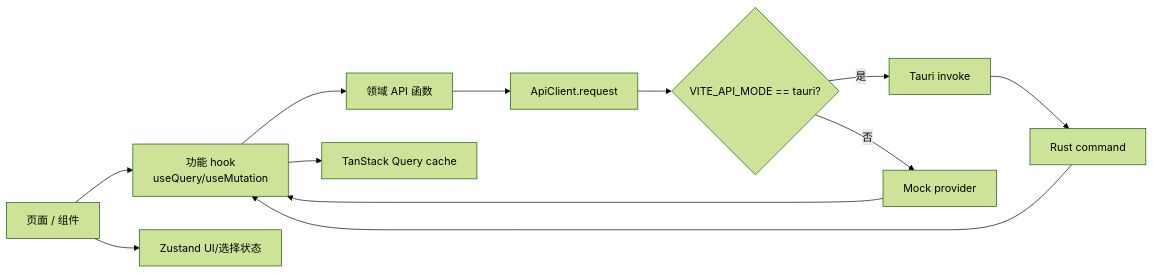
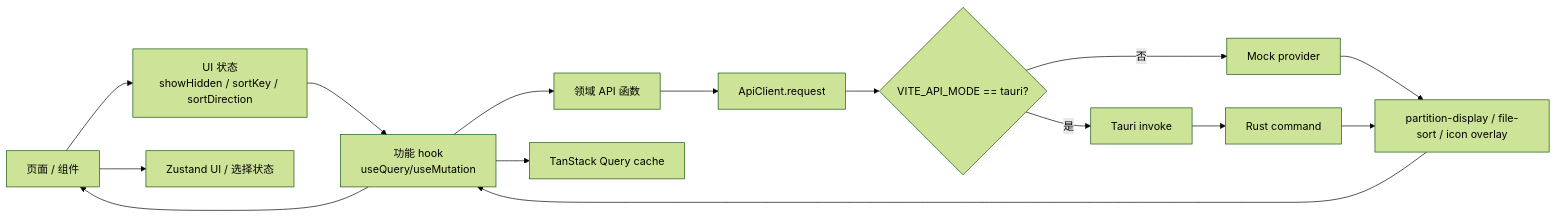
One commit to lQ-A-Ql/meow-detective changed the fourth of 14 diagrams in docs/model-architecture-algorithm-diagrams.md. Above: the diagram before and after it, drawn with Mermaid (forest theme). The commit also changed other lines of this file and 70 other files, not shown here.

````diff
--- a/docs/model-architecture-algorithm-diagrams.md
+++ b/docs/model-architecture-algorithm-diagrams.md
@@ -199,24 +210,29 @@
 ```mermaid
 flowchart LR
   Page["页面 / 组件"]
+  Controls["UI 状态<br/>showHidden / sortKey / sortDirection"]
   Hook["功能 hook<br/>useQuery/useMutation"]
   ApiFn["领域 API 函数"]
   ApiClient["ApiClient.request"]
-  TauriMode{"VITE_API_MODE == tauri?"}
+  Mode{"VITE_API_MODE == tauri?"}
   Invoke["Tauri invoke"]
   Mock["Mock provider"]
   QueryCache["TanStack Query cache"]
-  Store["Zustand UI/选择状态"]
+  Formatter["partition-display / file-sort / icon overlay"]
+  Store["Zustand UI / 选择状态"]
 
-  Page --> Hook
+  Page --> Controls
   Page --> Store
+  Controls --> Hook
   Hook --> ApiFn
   Hook --> QueryCache
   ApiFn --> ApiClient
-  ApiClient --> TauriMode
-  TauriMode -->|是| Invoke
-  TauriMode -->|否| Mock
+  ApiClient --> Mode
+  Mode -->|是| Invoke
+  Mode -->|否| Mock
   Invoke --> Backend["Rust command"]
-  Mock --> Hook
-  Backend --> Hook
+  Mock --> Formatter
+  Backend --> Formatter
+  Formatter --> Hook
+  Hook --> Page
 ```
````
